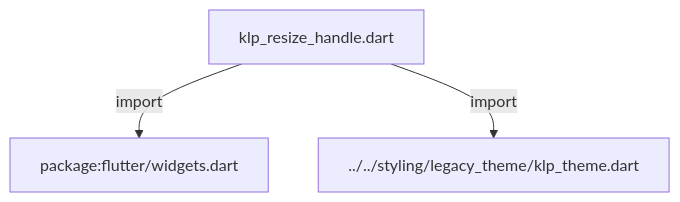
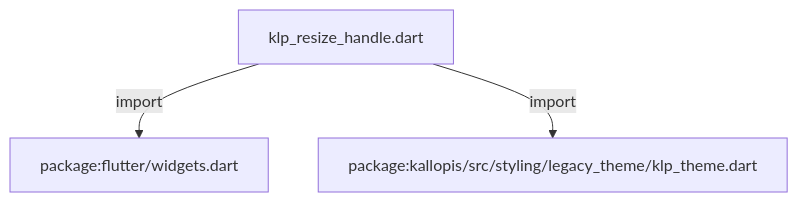
One commit to MiuDog/Kallopis changed the first of 3 diagrams in docs/architecture/src/foundation/layout/klp_resize_handle.md. Above: the diagram before and after it, drawn with Mermaid. The commit also changed other lines of this file and 9688 other files, not shown here.

Commit message:
Prepare isolated Flow F2 peer baseline

````diff
--- a/docs/architecture/src/foundation/layout/klp_resize_handle.md
+++ b/docs/architecture/src/foundation/layout/klp_resize_handle.md
@@ -11,8 +11,8 @@
 ```mermaid
 flowchart TD
 	n0["klp_resize_handle.dart"]
 	n1["package:flutter/widgets.dart"]
-	n2["../../styling/legacy_theme/klp_theme.dart"]
+	n2["package:kallopis/src/styling/legacy_theme/klp_theme.dart"]
 	n0 -->|"import"| n1
 	n0 -->|"import"| n2
 ```
````
